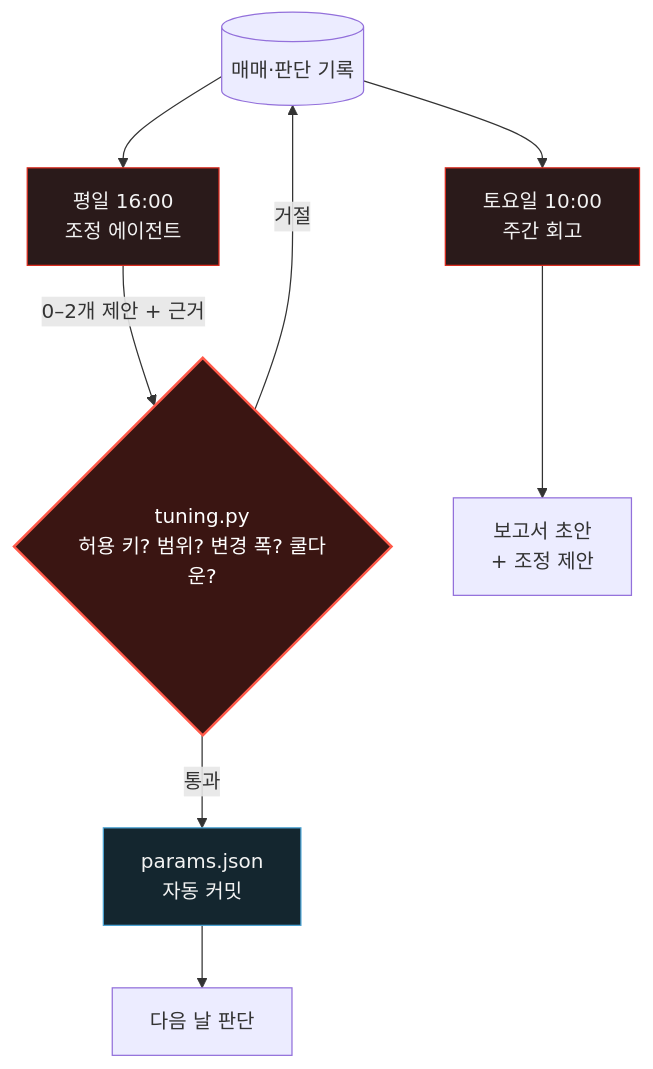
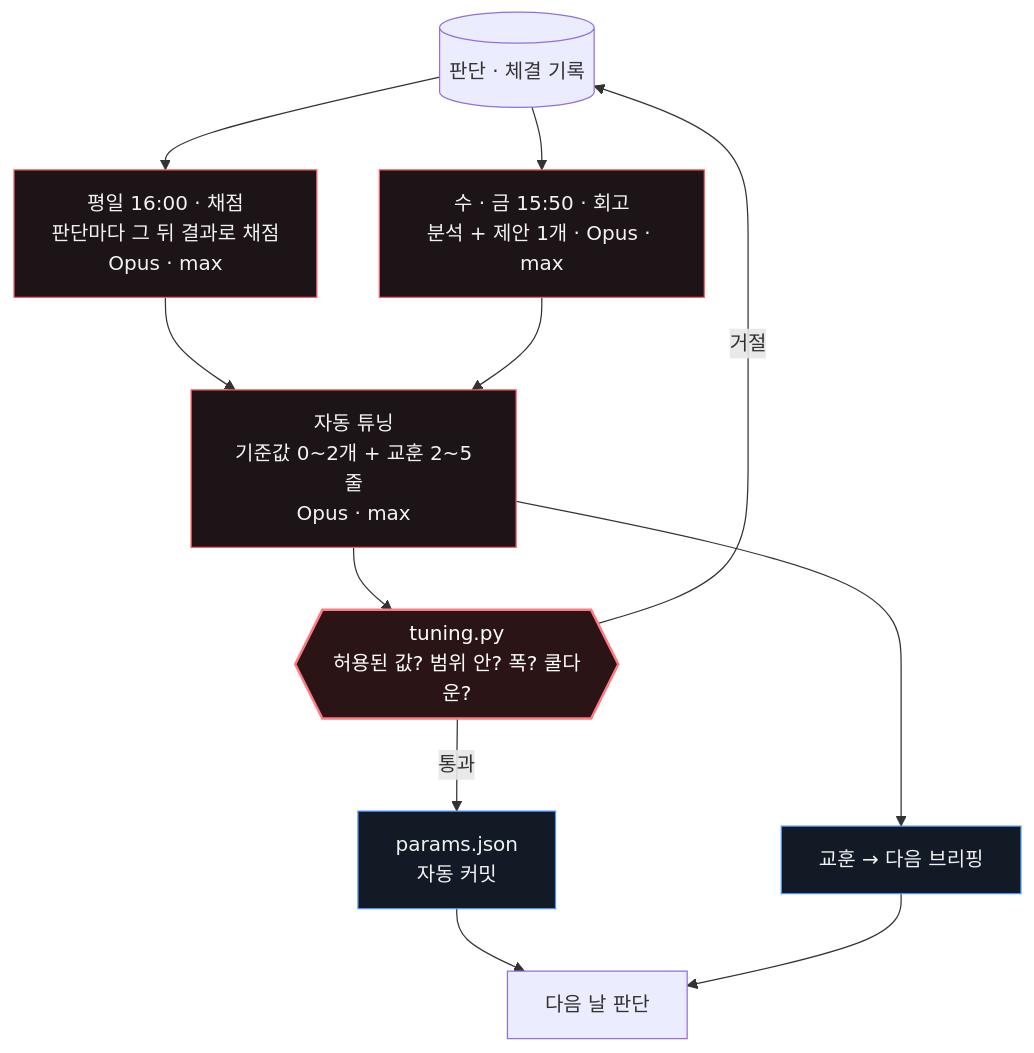
One commit to isopink/hynix-298f changed the diagram in assets/diagrams/tuning.ko.mmd. Above: the diagram before and after it, drawn with Mermaid. The commit also changed 18 other files, not shown here.

```diff
--- a/assets/diagrams/tuning.ko.mmd
+++ b/assets/diagrams/tuning.ko.mmd
@@ -1,13 +1,17 @@
 flowchart TB
-    J[("매매·판단 기록")] --> T["평일 16:00<br/>조정 에이전트"]
-    T -->|"0–2개 제안 + 근거"| C{"tuning.py<br/>허용 키? 범위? 변경 폭? 쿨다운?"}
+    J[("판단 · 체결 기록")] --> SC["평일 16:00 · 채점<br/>판단마다 그 뒤 결과로 채점<br/>Opus · max"]
+    SC --> TU["자동 튜닝<br/>기준값 0~2개 + 교훈 2~5줄<br/>Opus · max"]
+    TU --> C{{"tuning.py<br/>허용된 값? 범위 안? 폭? 쿨다운?"}}
     C -- 통과 --> P["params.json<br/>자동 커밋"]
     C -- 거절 --> J
+    TU --> LS["교훈 → 다음 브리핑"]
     P --> D["다음 날 판단"]
-    J --> W["토요일 10:00<br/>주간 회고"] --> R["보고서 초안<br/>+ 조정 제안"]
-    classDef agent fill:#2a1a1a,stroke:#da291c,color:#f3f3f3
-    classDef hook fill:#3a1512,stroke:#ff5a4a,stroke-width:2px,color:#ffffff
-    classDef ok fill:#14262f,stroke:#4aa3d4,color:#f3f3f3
-    class T,W agent
+    LS --> D
+    J --> W["수 · 금 15:50 · 회고<br/>분석 + 제안 1개 · Opus · max"]
+    W --> TU
+    classDef agent fill:#1c1416,stroke:#ff5a65,color:#f2f2f2
+    classDef hook fill:#2a1416,stroke:#ff7a82,stroke-width:2px,color:#ffffff
+    classDef ok fill:#121a26,stroke:#4e94ff,color:#f2f2f2
+    class SC,TU,W agent
     class C hook
-    class P ok
+    class P,LS ok
```
